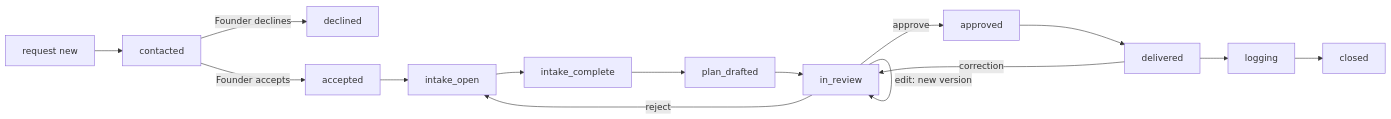
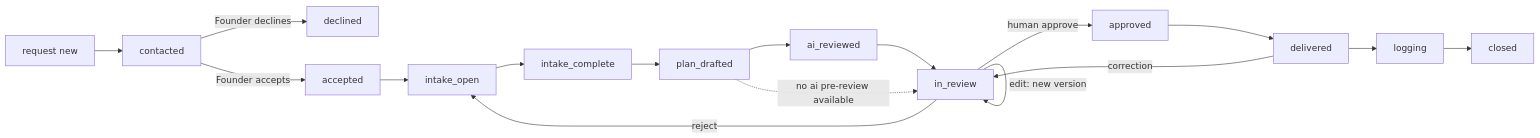
Before and after one commit to farjadp/cloverproof: the diagram in docs/operations/pilot-sop.md, drawn with Mermaid. The commit also changed other lines of this file and 17 other files, not shown here.

````diff
--- a/docs/operations/pilot-sop.md
+++ b/docs/operations/pilot-sop.md
@@ -36,17 +42,19 @@
 ```mermaid
 flowchart LR
   N[request new] --> C[contacted]
   C -->|Founder declines| D[declined]
   C -->|Founder accepts| A[accepted]
   A --> I[intake_open]
   I --> R[intake_complete]
   R --> P[plan_drafted]
-  P --> V[in_review]
-  V -->|approve| AP[approved]
+  P --> AI[ai_reviewed]
+  AI --> V[in_review]
+  P -. no ai pre-review available .-> V
+  V -->|human approve| AP[approved]
   V -->|edit: new version| V
   V -->|reject| I
   AP --> DL[delivered]
   DL --> L[logging]
   L --> CL[closed]
   DL -->|correction| V
 ```
````
